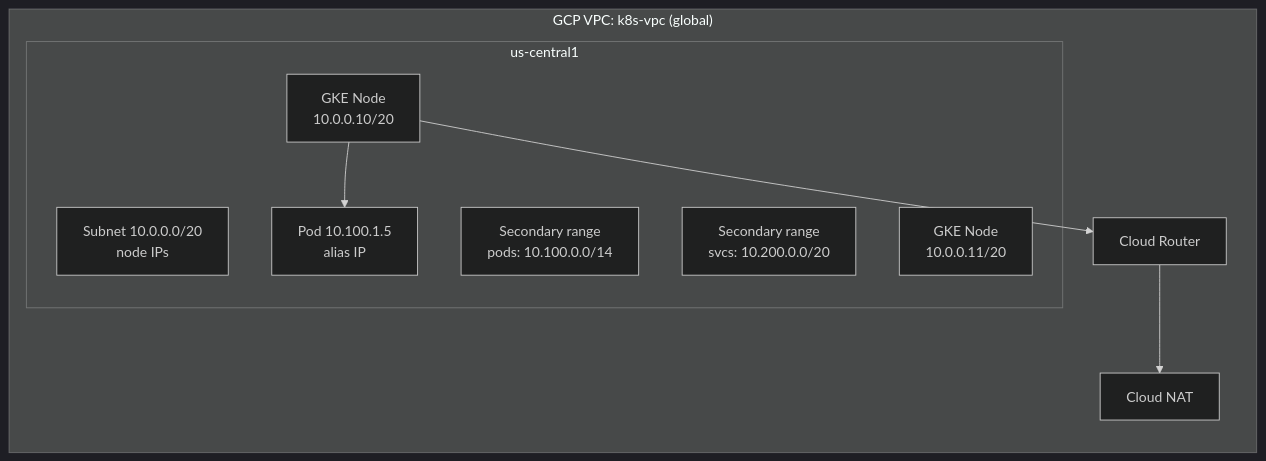
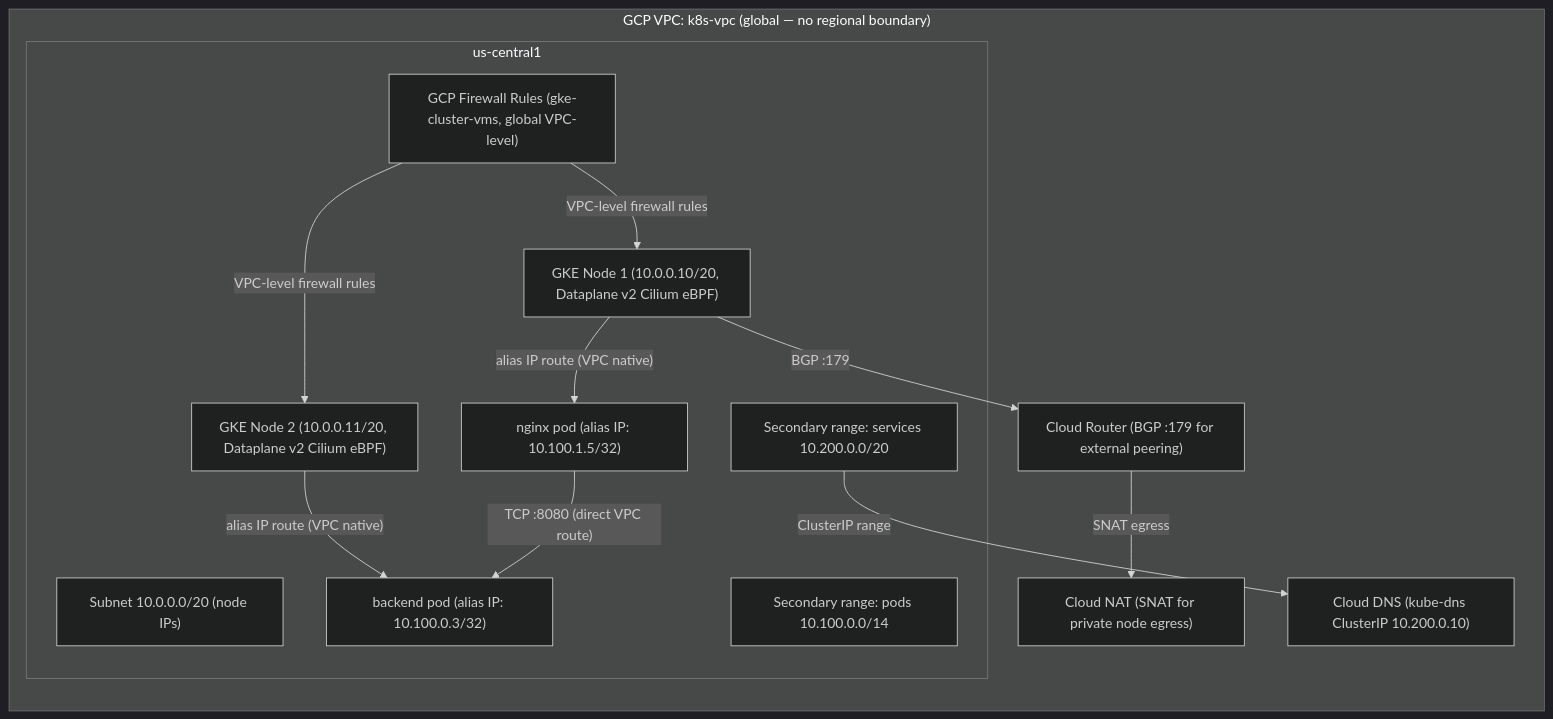
One commit to MykolaLebid/Kubernetes_networking_engineering changed the third of 4 diagrams in lessons/08-cloud-provider-networking.md. Above: the diagram before and after it, drawn with Mermaid (dark theme). The commit also changed other lines of this file and 35 other files, not shown here.

First line of the commit message:
Restructure all 34 lessons: Theory/Practice split, richer diagrams, industry examples, navigation

````diff
--- a/lessons/08-cloud-provider-networking.md
+++ b/lessons/08-cloud-provider-networking.md
@@ -209,18 +187,27 @@
 ```mermaid
 flowchart LR
-    subgraph vpc["GCP VPC: k8s-vpc (global)"]
+    subgraph vpc["GCP VPC: k8s-vpc (global — no regional boundary)"]
         subgraph region["us-central1"]
-            SUB[Subnet 10.0.0.0/20<br/>node IPs]
-            POD_RANGE[Secondary range<br/>pods: 10.100.0.0/14]
-            SVC_RANGE[Secondary range<br/>svcs: 10.200.0.0/20]
-            N1[GKE Node<br/>10.0.0.10/20]
-            N2[GKE Node<br/>10.0.0.11/20]
-            P1[Pod 10.100.1.5<br/>alias IP]
+            SUB["Subnet 10.0.0.0/20 (node IPs)"]
+            POD_RANGE["Secondary range: pods 10.100.0.0/14"]
+            SVC_RANGE["Secondary range: services 10.200.0.0/20"]
+            N1["GKE Node 1 (10.0.0.10/20, Dataplane v2 Cilium eBPF)"]
+            N2["GKE Node 2 (10.0.0.11/20, Dataplane v2 Cilium eBPF)"]
+            FW["GCP Firewall Rules (gke-cluster-vms, global VPC-level)"]
+            P1["nginx pod (alias IP: 10.100.1.5/32)"]
+            P2["backend pod (alias IP: 10.100.0.3/32)"]
         end
-        CR[Cloud Router]
-        NAT[Cloud NAT]
+        CR["Cloud Router (BGP :179 for external peering)"]
+        NAT["Cloud NAT (SNAT for private node egress)"]
+        DNS["Cloud DNS (kube-dns ClusterIP 10.200.0.10)"]
     end
 
-    N1 --> P1
-    N1 --> CR --> NAT
+    N1 --"alias IP route (VPC native)"--> P1
+    N2 --"alias IP route (VPC native)"--> P2
+    P1 --"TCP :8080 (direct VPC route)"--> P2
+    FW --"VPC-level firewall rules"--> N1
+    FW --"VPC-level firewall rules"--> N2
+    N1 --"BGP :179"--> CR
+    CR --"SNAT egress"--> NAT
+    SVC_RANGE --"ClusterIP range"--> DNS
 ```
````
